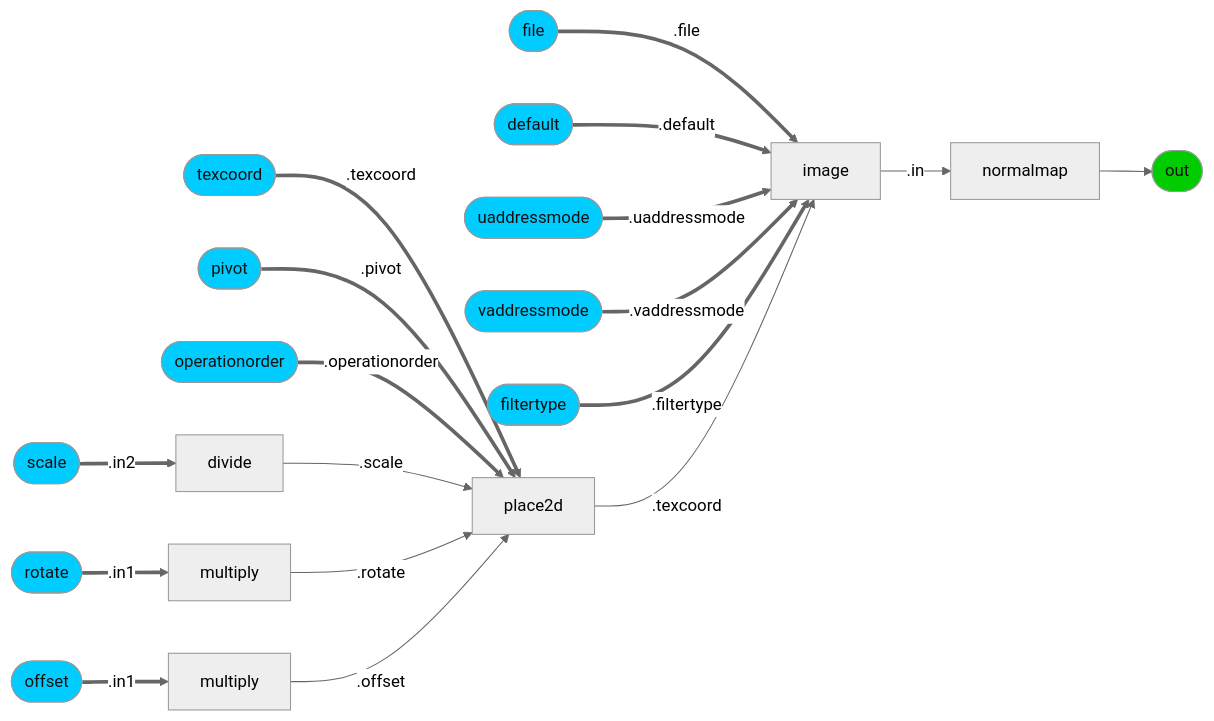
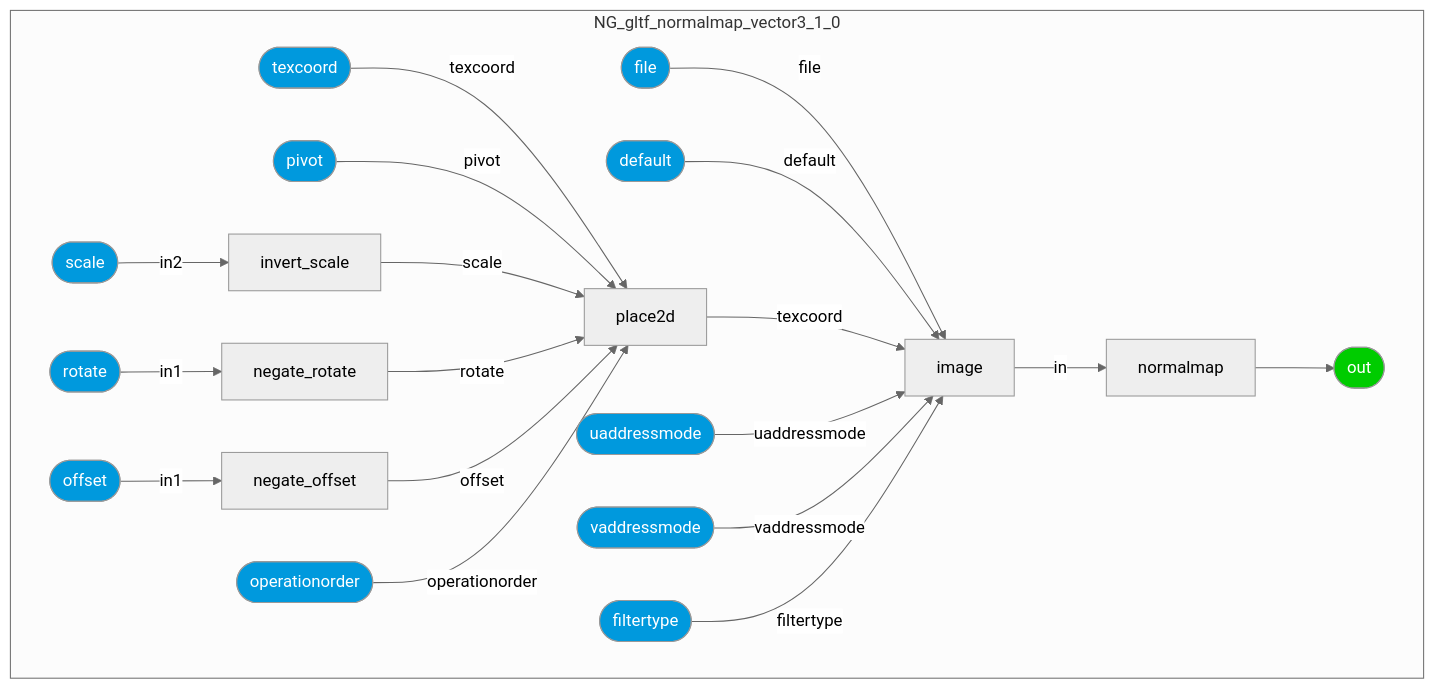
Before and after one commit to kwokcb/MaterialX_Learn: the seventh of 36 diagrams in documents/definitions/bxdf_doc.md, drawn with Mermaid (neutral theme). The commit also changed other lines of this file and 1015 other files, not shown here.

````diff
--- a/documents/definitions/bxdf_doc.md
+++ b/documents/definitions/bxdf_doc.md
@@ -617,33 +768,52 @@
 ```mermaid
-graph LR; 
-    NG_gltf_normalmap_vector3_1_0_normalmap[normalmap] --> NG_gltf_normalmap_vector3_1_0_out([out])
-    style NG_gltf_normalmap_vector3_1_0_out fill:#0C0, color:#111
-    NG_gltf_normalmap_vector3_1_0_image[image] --".in"--> NG_gltf_normalmap_vector3_1_0_normalmap[normalmap]
-    NG_gltf_normalmap_vector3_1_0_fileINT([file]) ==.file==> NG_gltf_normalmap_vector3_1_0_image[image]
-    style NG_gltf_normalmap_vector3_1_0_fileINT fill:#0CF, color:#111
-    NG_gltf_normalmap_vector3_1_0_dfaultINT([default]) ==.default==> NG_gltf_normalmap_vector3_1_0_image[image]
-    style NG_gltf_normalmap_vector3_1_0_dfaultINT fill:#0CF, color:#111
-    NG_gltf_normalmap_vector3_1_0_uaddressmodeINT([uaddressmode]) ==.uaddressmode==> NG_gltf_normalmap_vector3_1_0_image[image]
-    style NG_gltf_normalmap_vector3_1_0_uaddressmodeINT fill:#0CF, color:#111
-    NG_gltf_normalmap_vector3_1_0_vaddressmodeINT([vaddressmode]) ==.vaddressmode==> NG_gltf_normalmap_vector3_1_0_image[image]
-    style NG_gltf_normalmap_vector3_1_0_vaddressmodeINT fill:#0CF, color:#111
-    NG_gltf_normalmap_vector3_1_0_filtertypeINT([filtertype]) ==.filtertype==> NG_gltf_normalmap_vector3_1_0_image[image]
-    style NG_gltf_normalmap_vector3_1_0_filtertypeINT fill:#0CF, color:#111
-    NG_gltf_normalmap_vector3_1_0_place2d[place2d] --".texcoord"--> NG_gltf_normalmap_vector3_1_0_image[image]
-    NG_gltf_normalmap_vector3_1_0_texcoordINT([texcoord]) ==.texcoord==> NG_gltf_normalmap_vector3_1_0_place2d[place2d]
-    style NG_gltf_normalmap_vector3_1_0_texcoordINT fill:#0CF, color:#111
-    NG_gltf_normalmap_vector3_1_0_pivotINT([pivot]) ==.pivot==> NG_gltf_normalmap_vector3_1_0_place2d[place2d]
-    style NG_gltf_normalmap_vector3_1_0_pivotINT fill:#0CF, color:#111
-    NG_gltf_normalmap_vector3_1_0_operationorderINT([operationorder]) ==.operationorder==> NG_gltf_normalmap_vector3_1_0_place2d[place2d]
-    style NG_gltf_normalmap_vector3_1_0_operationorderINT fill:#0CF, color:#111
-    NG_gltf_normalmap_vector3_1_0_invert_scale[divide] --".scale"--> NG_gltf_normalmap_vector3_1_0_place2d[place2d]
-    NG_gltf_normalmap_vector3_1_0_scaleINT([scale]) ==.in2==> NG_gltf_normalmap_vector3_1_0_invert_scale[divide]
-    style NG_gltf_normalmap_vector3_1_0_scaleINT fill:#0CF, color:#111
-    NG_gltf_normalmap_vector3_1_0_negate_rotate[multiply] --".rotate"--> NG_gltf_normalmap_vector3_1_0_place2d[place2d]
-    NG_gltf_normalmap_vector3_1_0_rotateINT([rotate]) ==.in1==> NG_gltf_normalmap_vector3_1_0_negate_rotate[multiply]
-    style NG_gltf_normalmap_vector3_1_0_rotateINT fill:#0CF, color:#111
-    NG_gltf_normalmap_vector3_1_0_negate_offset[multiply] --".offset"--> NG_gltf_normalmap_vector3_1_0_place2d[place2d]
-    NG_gltf_normalmap_vector3_1_0_offsetINT([offset]) ==.in1==> NG_gltf_normalmap_vector3_1_0_negate_offset[multiply]
-    style NG_gltf_normalmap_vector3_1_0_offsetINT fill:#0CF, color:#111
-
+graph TB
+    subgraph NG_gltf_normalmap_vector3_1_0
+    NG_gltf_normalmap_vector3_1_0_image[image]
+    NG_gltf_normalmap_vector3_1_0_normalmap[normalmap]
+    NG_gltf_normalmap_vector3_1_0_invert_scale[invert_scale]
+    NG_gltf_normalmap_vector3_1_0_negate_rotate[negate_rotate]
+    NG_gltf_normalmap_vector3_1_0_negate_offset[negate_offset]
+    NG_gltf_normalmap_vector3_1_0_place2d[place2d]
+    style NG_gltf_normalmap_vector3_1_0_out  fill:#0C0, color:#FFF
+    NG_gltf_normalmap_vector3_1_0_out([out])
+    style NG_gltf_normalmap_vector3_1_0_file  fill:#09D, color:#FFF
+    NG_gltf_normalmap_vector3_1_0_file([file])
+    style NG_gltf_normalmap_vector3_1_0_default1  fill:#09D, color:#FFF
+    NG_gltf_normalmap_vector3_1_0_default1([default])
+    style NG_gltf_normalmap_vector3_1_0_uaddressmode  fill:#09D, color:#FFF
+    NG_gltf_normalmap_vector3_1_0_uaddressmode([uaddressmode])
+    style NG_gltf_normalmap_vector3_1_0_vaddressmode  fill:#09D, color:#FFF
+    NG_gltf_normalmap_vector3_1_0_vaddressmode([vaddressmode])
+    style NG_gltf_normalmap_vector3_1_0_filtertype  fill:#09D, color:#FFF
+    NG_gltf_normalmap_vector3_1_0_filtertype([filtertype])
+    style NG_gltf_normalmap_vector3_1_0_scale  fill:#09D, color:#FFF
+    NG_gltf_normalmap_vector3_1_0_scale([scale])
+    style NG_gltf_normalmap_vector3_1_0_rotate  fill:#09D, color:#FFF
+    NG_gltf_normalmap_vector3_1_0_rotate([rotate])
+    style NG_gltf_normalmap_vector3_1_0_offset  fill:#09D, color:#FFF
+    NG_gltf_normalmap_vector3_1_0_offset([offset])
+    style NG_gltf_normalmap_vector3_1_0_texcoord  fill:#09D, color:#FFF
+    NG_gltf_normalmap_vector3_1_0_texcoord([texcoord])
+    style NG_gltf_normalmap_vector3_1_0_pivot  fill:#09D, color:#FFF
+    NG_gltf_normalmap_vector3_1_0_pivot([pivot])
+    style NG_gltf_normalmap_vector3_1_0_operationorder  fill:#09D, color:#FFF
+    NG_gltf_normalmap_vector3_1_0_operationorder([operationorder])
+    end
+    NG_gltf_normalmap_vector3_1_0_file --"file"--> NG_gltf_normalmap_vector3_1_0_image
+    NG_gltf_normalmap_vector3_1_0_default1 --"default"--> NG_gltf_normalmap_vector3_1_0_image
+    NG_gltf_normalmap_vector3_1_0_place2d --"texcoord"--> NG_gltf_normalmap_vector3_1_0_image
+    NG_gltf_normalmap_vector3_1_0_uaddressmode --"uaddressmode"--> NG_gltf_normalmap_vector3_1_0_image
+    NG_gltf_normalmap_vector3_1_0_vaddressmode --"vaddressmode"--> NG_gltf_normalmap_vector3_1_0_image
+    NG_gltf_normalmap_vector3_1_0_filtertype --"filtertype"--> NG_gltf_normalmap_vector3_1_0_image
+    NG_gltf_normalmap_vector3_1_0_image --"in"--> NG_gltf_normalmap_vector3_1_0_normalmap
+    NG_gltf_normalmap_vector3_1_0_scale --"in2"--> NG_gltf_normalmap_vector3_1_0_invert_scale
+    NG_gltf_normalmap_vector3_1_0_rotate --"in1"--> NG_gltf_normalmap_vector3_1_0_negate_rotate
+    NG_gltf_normalmap_vector3_1_0_offset --"in1"--> NG_gltf_normalmap_vector3_1_0_negate_offset
+    NG_gltf_normalmap_vector3_1_0_texcoord --"texcoord"--> NG_gltf_normalmap_vector3_1_0_place2d
+    NG_gltf_normalmap_vector3_1_0_pivot --"pivot"--> NG_gltf_normalmap_vector3_1_0_place2d
+    NG_gltf_normalmap_vector3_1_0_invert_scale --"scale"--> NG_gltf_normalmap_vector3_1_0_place2d
+    NG_gltf_normalmap_vector3_1_0_negate_rotate --"rotate"--> NG_gltf_normalmap_vector3_1_0_place2d
+    NG_gltf_normalmap_vector3_1_0_negate_offset --"offset"--> NG_gltf_normalmap_vector3_1_0_place2d
+    NG_gltf_normalmap_vector3_1_0_operationorder --"operationorder"--> NG_gltf_normalmap_vector3_1_0_place2d
+    NG_gltf_normalmap_vector3_1_0_normalmap --> NG_gltf_normalmap_vector3_1_0_out
 ```
````
